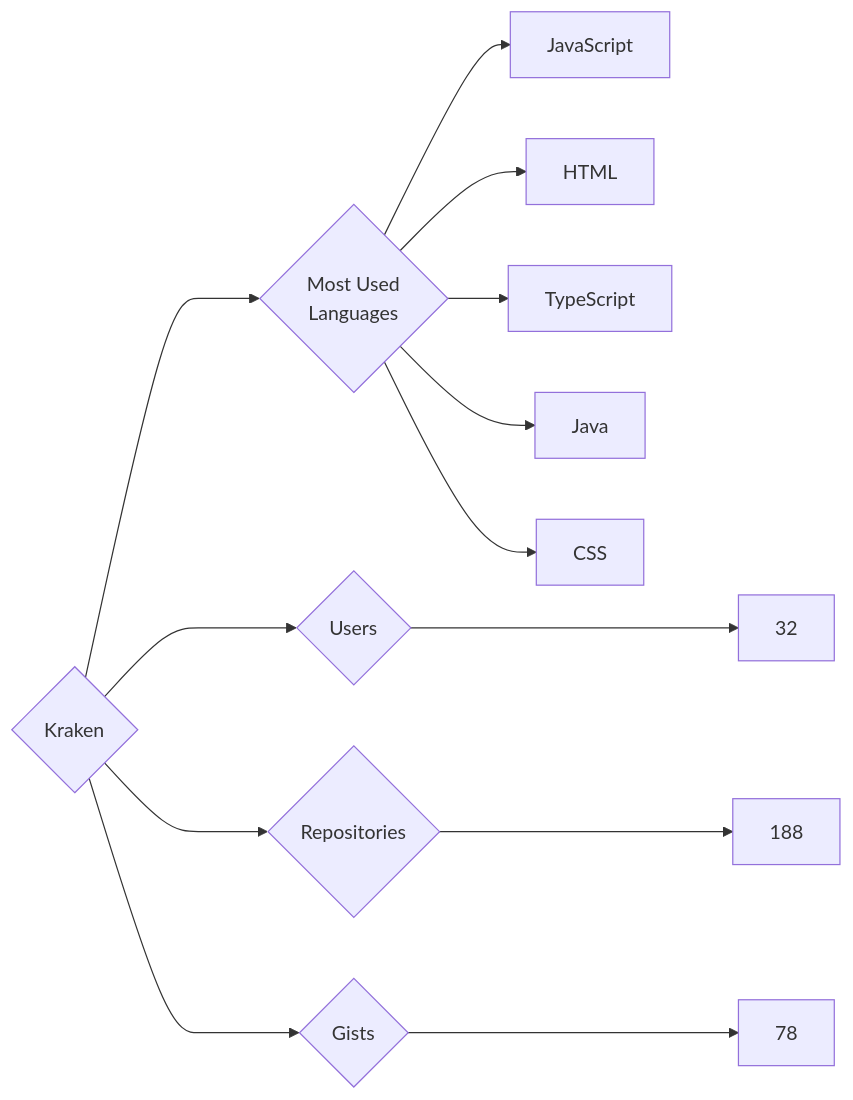
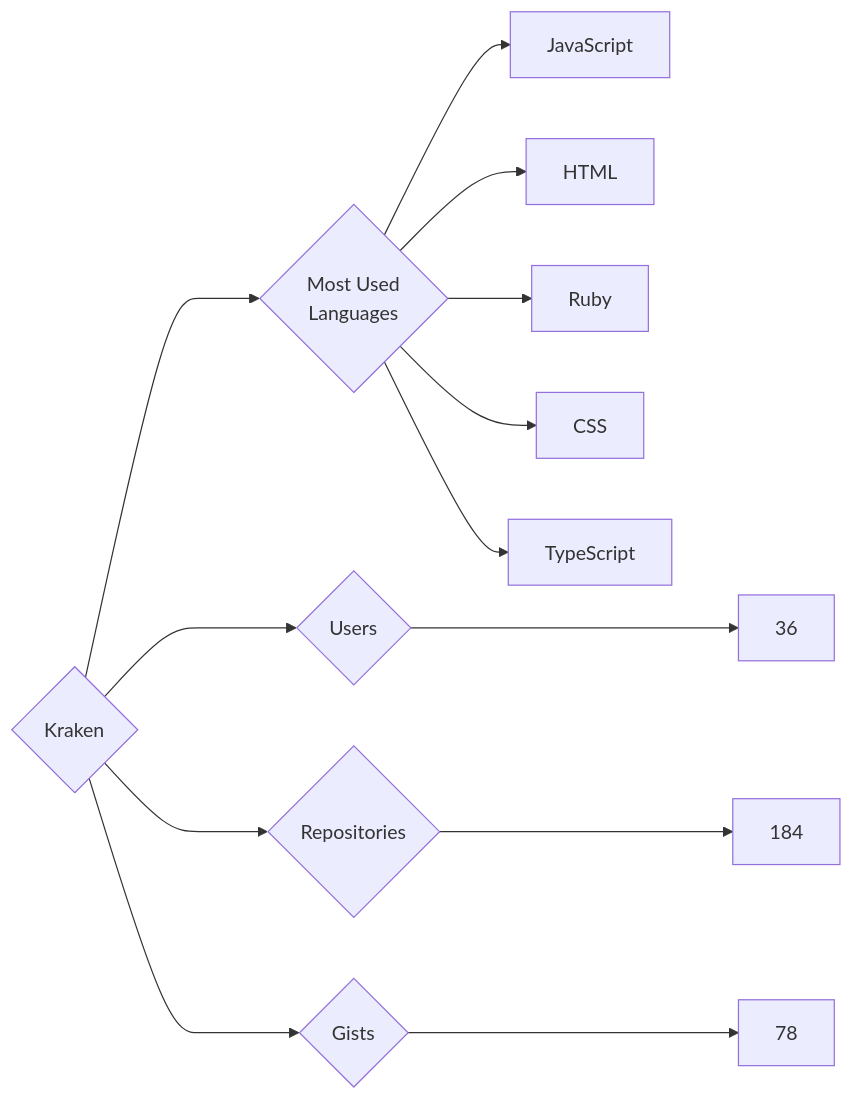
Before and after one commit to trickest/insiders: the diagram in targets/Kraken/README.md, drawn with Mermaid. The commit also changed 681 other files, not shown here.

````diff
--- a/targets/Kraken/README.md
+++ b/targets/Kraken/README.md
@@ -3,13 +3,13 @@
 ```mermaid
 graph LR
 COMPANY_NAME{Kraken}
-COMPANY_NAME ---> U{Users} ---> UN[32]
-COMPANY_NAME ---> R{Repositories} ---> RN[188]
+COMPANY_NAME ---> U{Users} ---> UN[36]
+COMPANY_NAME ---> R{Repositories} ---> RN[184]
 COMPANY_NAME ---> G{Gists} ---> GN[78]
 COMPANY_NAME ---> ML{Most Used<br>Languages}
 ML --> JavaScript[JavaScript]
 ML --> HTML[HTML]
+ML --> Ruby[Ruby]
+ML --> CSS[CSS]
 ML --> TypeScript[TypeScript]
-ML --> Java[Java]
-ML --> CSS[CSS]
 ```
````
